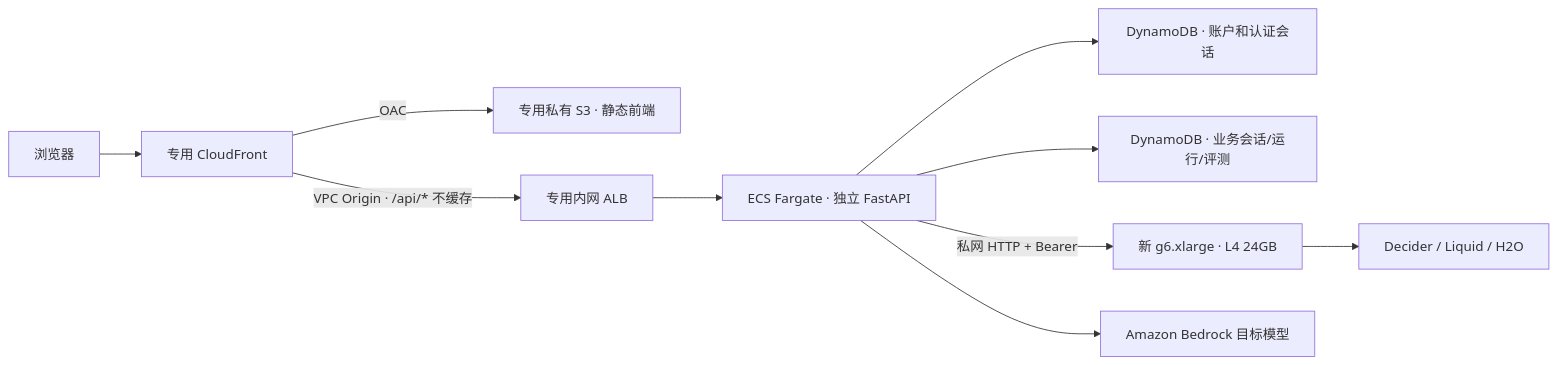
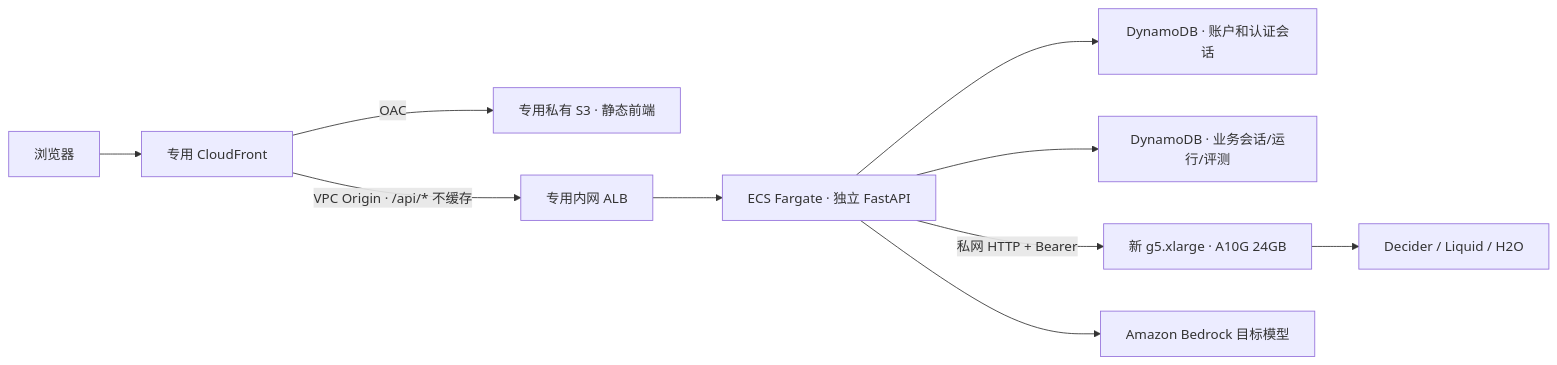
The diagram in docs/INDEPENDENT_SERVICE.zh.md (milan9527/DeciderModelRouter), drawn with Mermaid before and after one commit. The commit also changed other lines of this file and 11 other files, not shown here.

````diff
--- a/docs/INDEPENDENT_SERVICE.zh.md
+++ b/docs/INDEPENDENT_SERVICE.zh.md
@@ -7,12 +7,12 @@
 ```mermaid
 flowchart LR
     U[浏览器] --> CF[专用 CloudFront]
     CF -->|OAC| S3[专用私有 S3 · 静态前端]
     CF -->|VPC Origin · /api/* 不缓存| ALB[专用内网 ALB]
     ALB --> API[ECS Fargate · 独立 FastAPI]
     API --> AUTH[DynamoDB · 账户和认证会话]
     API --> DATA[DynamoDB · 业务会话/运行/评测]
-    API -->|私网 HTTP + Bearer| GPU[新 g6.xlarge · L4 24GB]
+    API -->|私网 HTTP + Bearer| GPU[新 g5.xlarge · A10G 24GB]
     GPU --> D[Decider / Liquid / H2O]
     API --> BR[Amazon Bedrock 目标模型]
 ```
````
